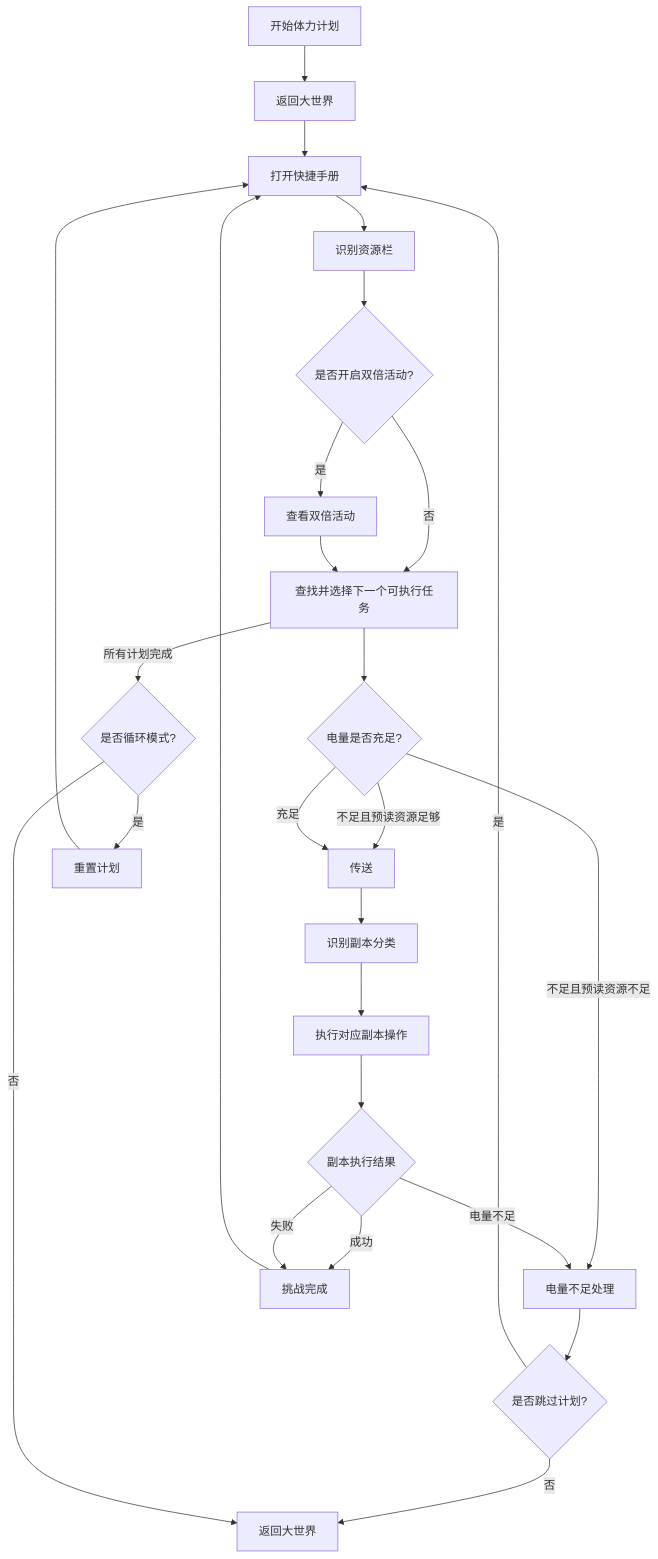
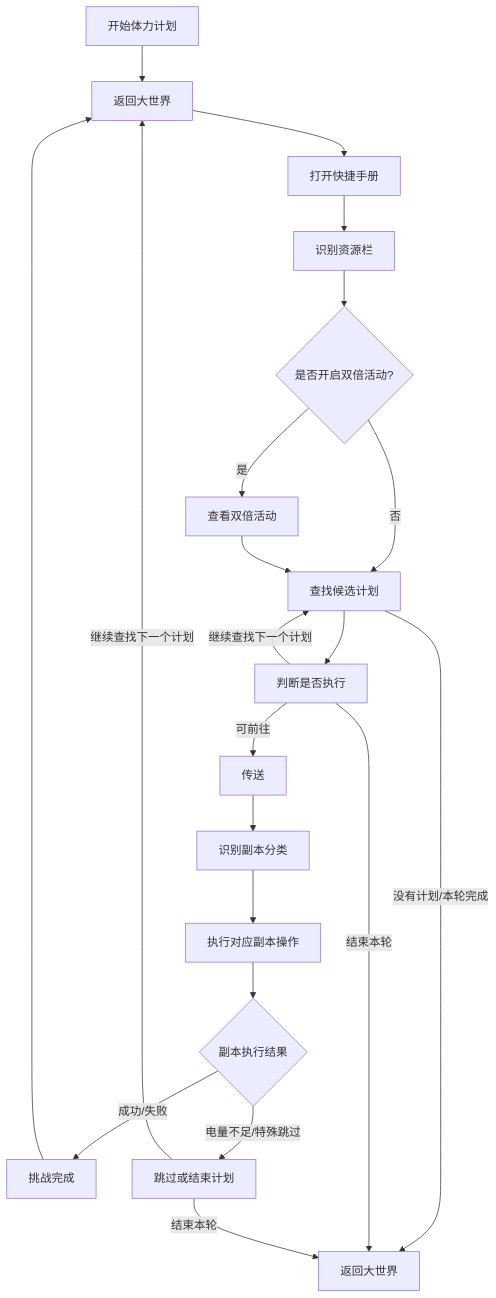
Before and after one commit to Usagi-wusaqi/ZenlessZoneZero-OneDragon: the diagram in docs/develop/zzz/application/charge_plan.md, drawn with Mermaid. The commit also changed other lines of this file and 1 other file, not shown here.

Commit message:
refactor: 梳理体力刷本节点
仅重构，但略为细化了运行日志

````diff
--- a/docs/develop/zzz/application/charge_plan.md
+++ b/docs/develop/zzz/application/charge_plan.md
@@ -188,27 +188,23 @@
 ```mermaid
 graph TD
     A["开始体力计划"] --> B0["返回大世界"]
     B0 --> B["打开快捷手册"]
     B --> C["识别资源栏"]
     C --> C1{"是否开启双倍活动?"}
     C1 -->|是| C2["查看双倍活动"]
-    C1 -->|否| D["查找并选择下一个可执行任务"]
+    C1 -->|否| D["查找候选计划"]
     C2 --> D
-    D --> E{"电量是否充足?"}
-    E -->|不足且预读资源足够| H["传送"]
-    E -->|不足且预读资源不足| G["电量不足处理"]
-    E -->|充足| H["传送"]
-    G --> I{"是否跳过计划?"}
-    I -->|是| B
-    I -->|否| J["返回大世界"]
+    D --> E["判断是否执行"]
+    D -->|没有计划/本轮完成| J["返回大世界"]
+    E -->|可前往| H["传送"]
+    E -->|继续查找下一个计划| D
+    E -->|结束本轮| J
     H --> K["识别副本分类"]
     K --> L["执行对应副本操作"]
     L --> M{"副本执行结果"}
-    M -->|成功| N["挑战完成"]
-    M -->|电量不足| G
-    M -->|失败| N
-    N --> B
-    D -->|所有计划完成| O{"是否循环模式?"}
-    O -->|是| P["重置计划"] --> B
-    O -->|否| J
+    M -->|成功/失败| N["挑战完成"]
+    M -->|电量不足/特殊跳过| Q["跳过或结束计划"]
+    N --> B0
+    Q -->|继续查找下一个计划| B0
+    Q -->|结束本轮| J
 ```
````
